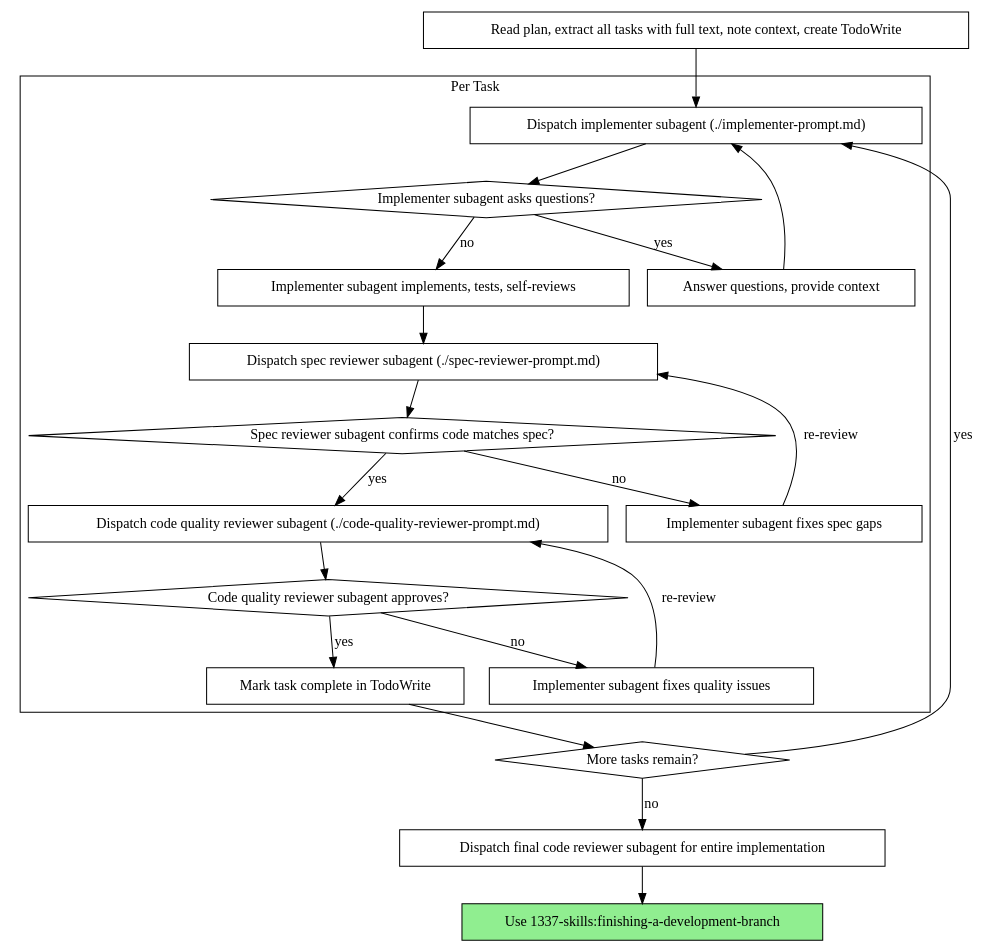
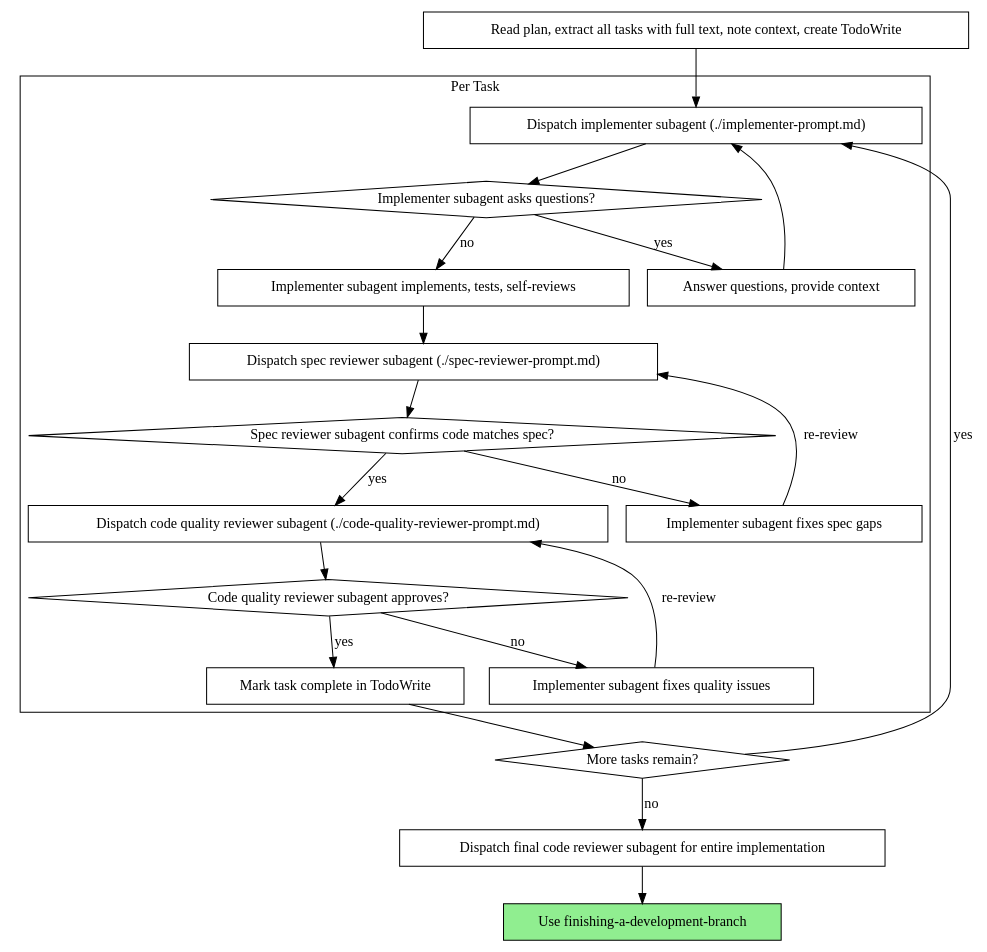
Before and after one commit to j10t-dev/1337-skills: the second of 2 diagrams in skills/subagent-driven-development/SKILL.md, drawn with Graphviz. The commit also changed other lines of this file and 18 other files, not shown here.

````diff
--- a/skills/subagent-driven-development/SKILL.md
+++ b/skills/subagent-driven-development/SKILL.md
@@ -44,44 +44,44 @@
 ```dot
 digraph process {
     rankdir=TB;
 
     subgraph cluster_per_task {
         label="Per Task";
         "Dispatch implementer subagent (./implementer-prompt.md)" [shape=box];
         "Implementer subagent asks questions?" [shape=diamond];
         "Answer questions, provide context" [shape=box];
         "Implementer subagent implements, tests, self-reviews" [shape=box];
         "Dispatch spec reviewer subagent (./spec-reviewer-prompt.md)" [shape=box];
         "Spec reviewer subagent confirms code matches spec?" [shape=diamond];
         "Implementer subagent fixes spec gaps" [shape=box];
         "Dispatch code quality reviewer subagent (./code-quality-reviewer-prompt.md)" [shape=box];
         "Code quality reviewer subagent approves?" [shape=diamond];
         "Implementer subagent fixes quality issues" [shape=box];
         "Mark task complete in TodoWrite" [shape=box];
     }
 
     "Read plan, extract all tasks with full text, note context, create TodoWrite" [shape=box];
     "More tasks remain?" [shape=diamond];
     "Dispatch final code reviewer subagent for entire implementation" [shape=box];
-    "Use 1337-skills:finishing-a-development-branch" [shape=box style=filled fillcolor=lightgreen];
+    "Use finishing-a-development-branch" [shape=box style=filled fillcolor=lightgreen];
 
     "Read plan, extract all tasks with full text, note context, create TodoWrite" -> "Dispatch implementer subagent (./implementer-prompt.md)";
     "Dispatch implementer subagent (./implementer-prompt.md)" -> "Implementer subagent asks questions?";
     "Implementer subagent asks questions?" -> "Answer questions, provide context" [label="yes"];
     "Answer questions, provide context" -> "Dispatch implementer subagent (./implementer-prompt.md)";
     "Implementer subagent asks questions?" -> "Implementer subagent implements, tests, self-reviews" [label="no"];
     "Implementer subagent implements, tests, self-reviews" -> "Dispatch spec reviewer subagent (./spec-reviewer-prompt.md)";
     "Dispatch spec reviewer subagent (./spec-reviewer-prompt.md)" -> "Spec reviewer subagent confirms code matches spec?";
     "Spec reviewer subagent confirms code matches spec?" -> "Implementer subagent fixes spec gaps" [label="no"];
     "Implementer subagent fixes spec gaps" -> "Dispatch spec reviewer subagent (./spec-reviewer-prompt.md)" [label="re-review"];
     "Spec reviewer subagent confirms code matches spec?" -> "Dispatch code quality reviewer subagent (./code-quality-reviewer-prompt.md)" [label="yes"];
     "Dispatch code quality reviewer subagent (./code-quality-reviewer-prompt.md)" -> "Code quality reviewer subagent approves?";
     "Code quality reviewer subagent approves?" -> "Implementer subagent fixes quality issues" [label="no"];
     "Implementer subagent fixes quality issues" -> "Dispatch code quality reviewer subagent (./code-quality-reviewer-prompt.md)" [label="re-review"];
     "Code quality reviewer subagent approves?" -> "Mark task complete in TodoWrite" [label="yes"];
     "Mark task complete in TodoWrite" -> "More tasks remain?";
     "More tasks remain?" -> "Dispatch implementer subagent (./implementer-prompt.md)" [label="yes"];
     "More tasks remain?" -> "Dispatch final code reviewer subagent for entire implementation" [label="no"];
-    "Dispatch final code reviewer subagent for entire implementation" -> "Use 1337-skills:finishing-a-development-branch";
+    "Dispatch final code reviewer subagent for entire implementation" -> "Use finishing-a-development-branch";
 }
 ```
````
